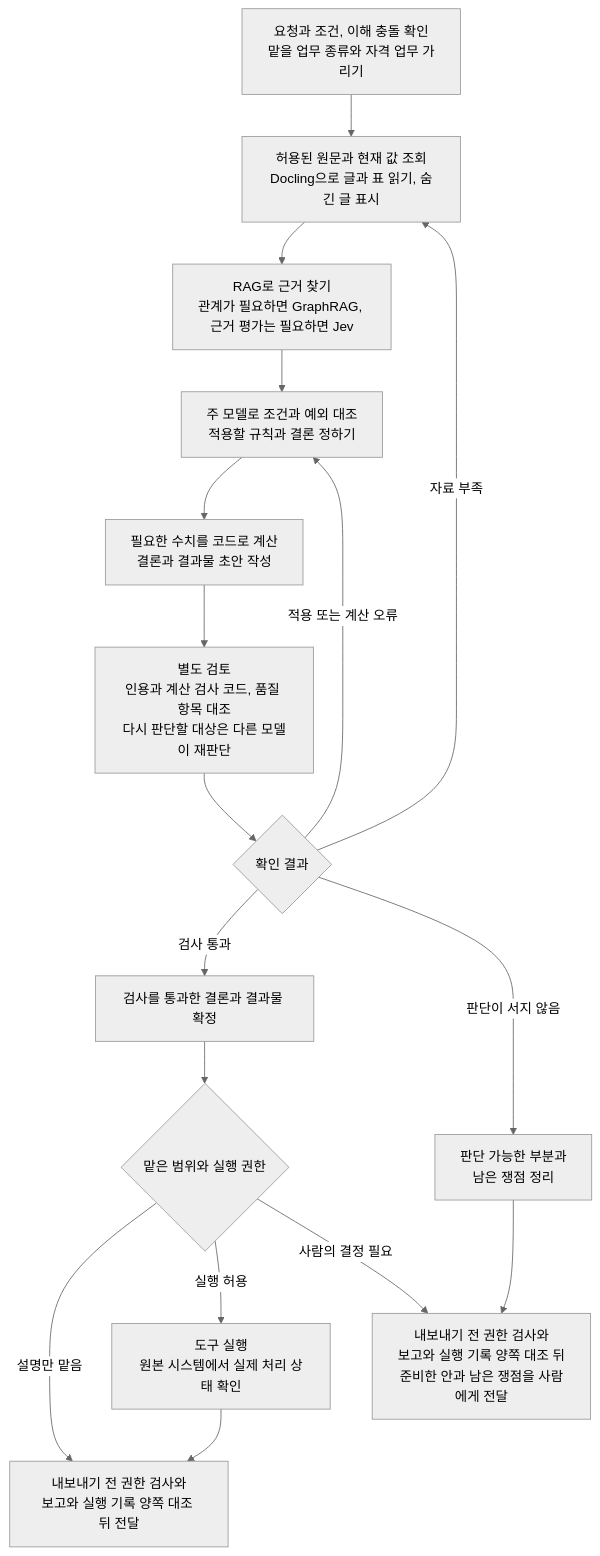
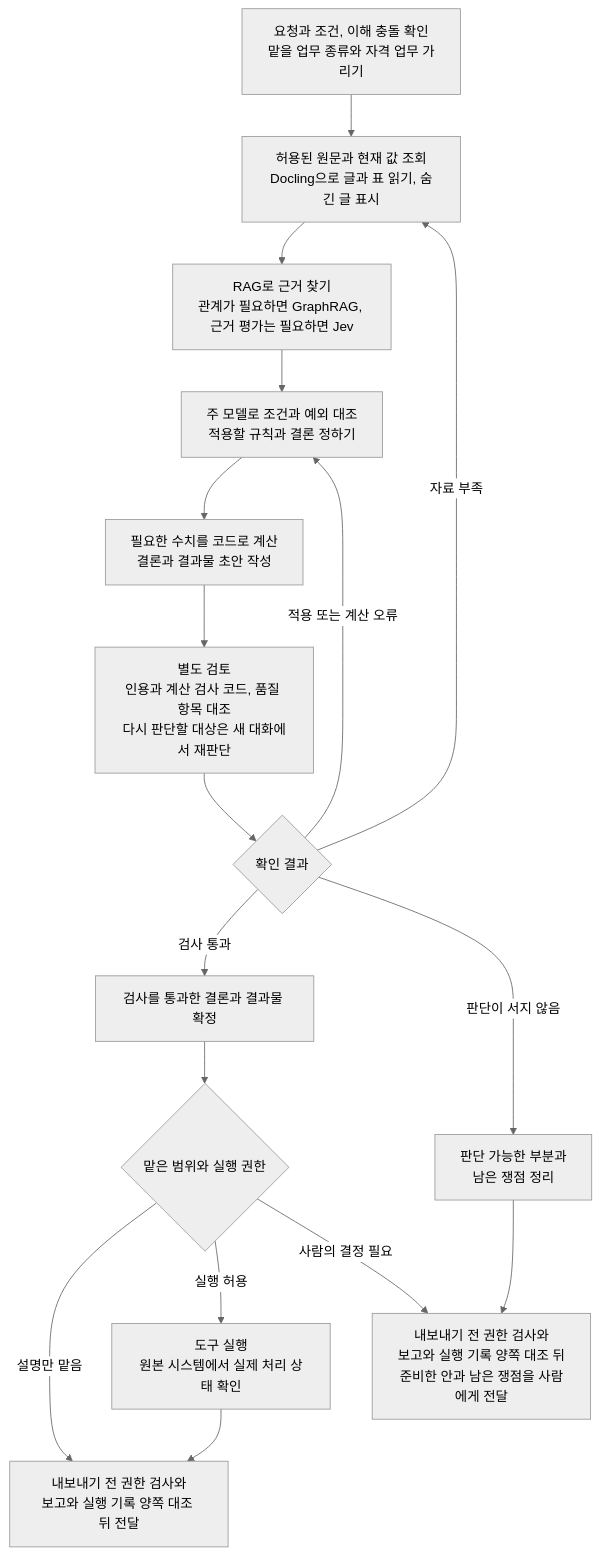
One commit to harisbaguette/expert changed the diagram in 전문 판단의 신뢰성.md. Above: the diagram before and after it, drawn with Mermaid (neutral theme). The commit also changed other lines of this file and 1 other file, not shown here.

````diff
--- a/전문 판단의 신뢰성.md
+++ b/전문 판단의 신뢰성.md
@@ -424,19 +692,19 @@
 ```mermaid
 flowchart TB
     A[요청과 조건, 이해 충돌 확인<br/>맡을 업무 종류와 자격 업무 가리기] --> B[허용된 원문과 현재 값 조회<br/>Docling으로 글과 표 읽기, 숨긴 글 표시]
     B --> C[RAG로 근거 찾기<br/>관계가 필요하면 GraphRAG, 근거 평가는 필요하면 Jev]
     C --> D[주 모델로 조건과 예외 대조<br/>적용할 규칙과 결론 정하기]
     D --> E[필요한 수치를 코드로 계산<br/>결론과 결과물 초안 작성]
-    E --> F[별도 검토<br/>인용과 계산 검사 코드, 품질 항목 대조<br/>다시 판단할 대상은 다른 모델이 재판단]
+    E --> F[별도 검토<br/>인용과 계산 검사 코드, 품질 항목 대조<br/>다시 판단할 대상은 새 대화에서 재판단]
     F --> G{확인 결과}
     G -->|자료 부족| B
     G -->|적용 또는 계산 오류| D
     G -->|검사 통과| H[검사를 통과한 결론과 결과물 확정]
     G -->|판단이 서지 않음| I[판단 가능한 부분과<br/>남은 쟁점 정리]
     H --> J{맡은 범위와 실행 권한}
     J -->|설명만 맡음| L[내보내기 전 권한 검사와<br/>보고와 실행 기록 양쪽 대조 뒤 전달]
     J -->|실행 허용| K[도구 실행<br/>원본 시스템에서 실제 처리 상태 확인]
     J -->|사람의 결정 필요| M[내보내기 전 권한 검사와<br/>보고와 실행 기록 양쪽 대조 뒤<br/>준비한 안과 남은 쟁점을 사람에게 전달]
     K --> L
     I --> M
 ```
````
